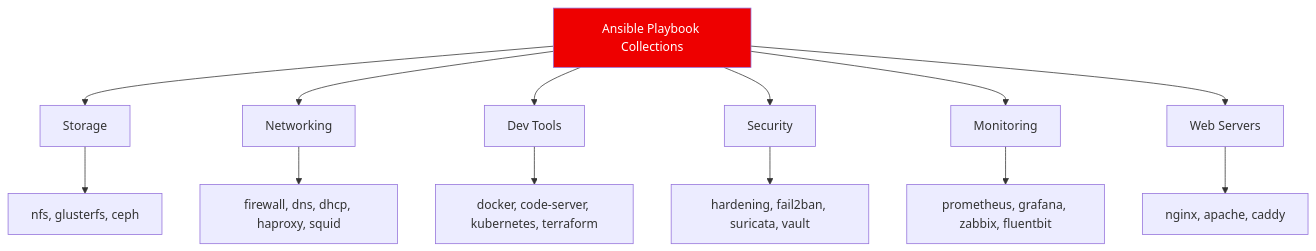
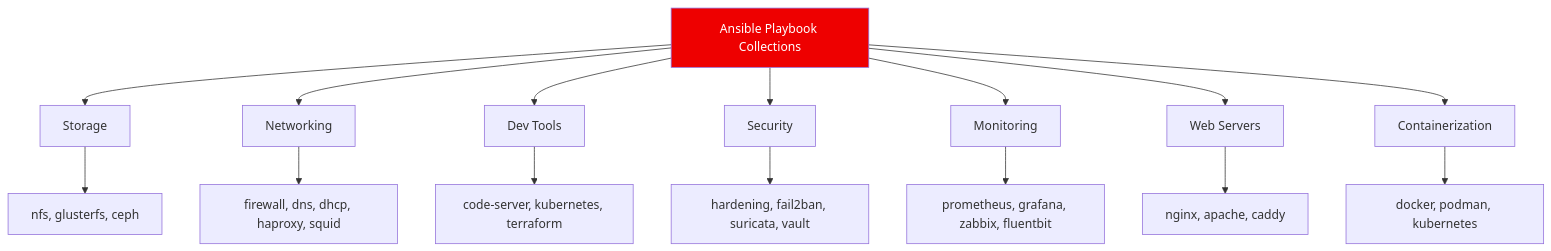
The first of 3 diagrams in README.md (marcuwynu23/ansible-playbook-collections), drawn with Mermaid before and after one commit. The commit also changed other lines of this file, not shown here.

Commit message:
docs: update root README.md

````diff
--- a/README.md
+++ b/README.md
@@ -40,18 +40,20 @@
 ```mermaid
 flowchart TD
     A[Ansible Playbook Collections] --> B[Storage]
     A --> C[Networking]
     A --> D[Dev Tools]
     A --> E[Security]
     A --> F[Monitoring]
     A --> G[Web Servers]
+    A --> H[Containerization]
 
     B --> B1[nfs, glusterfs, ceph]
     C --> C1[firewall, dns, dhcp, haproxy, squid]
-    D --> D1[docker, code-server, kubernetes, terraform]
+    D --> D1[code-server, kubernetes, terraform]
     E --> E1[hardening, fail2ban, suricata, vault]
     F --> F1[prometheus, grafana, zabbix, fluentbit]
     G --> G1[nginx, apache, caddy]
+    H --> H1[docker, podman, kubernetes]
 
     style A fill:#EE0000,color:#fff
 ```
````
